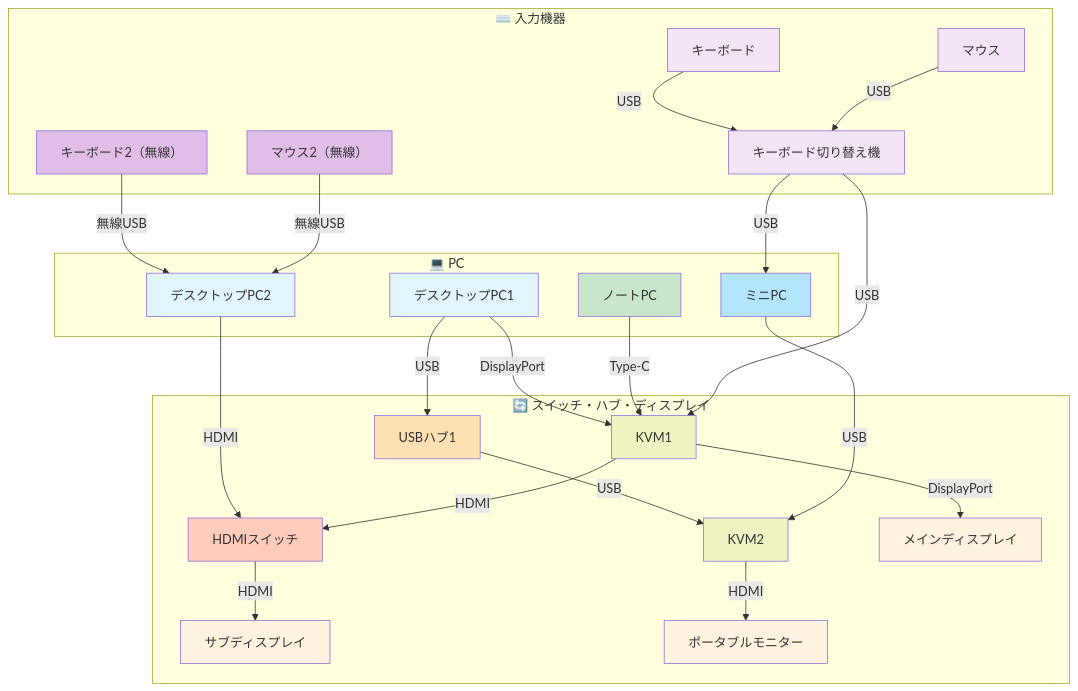
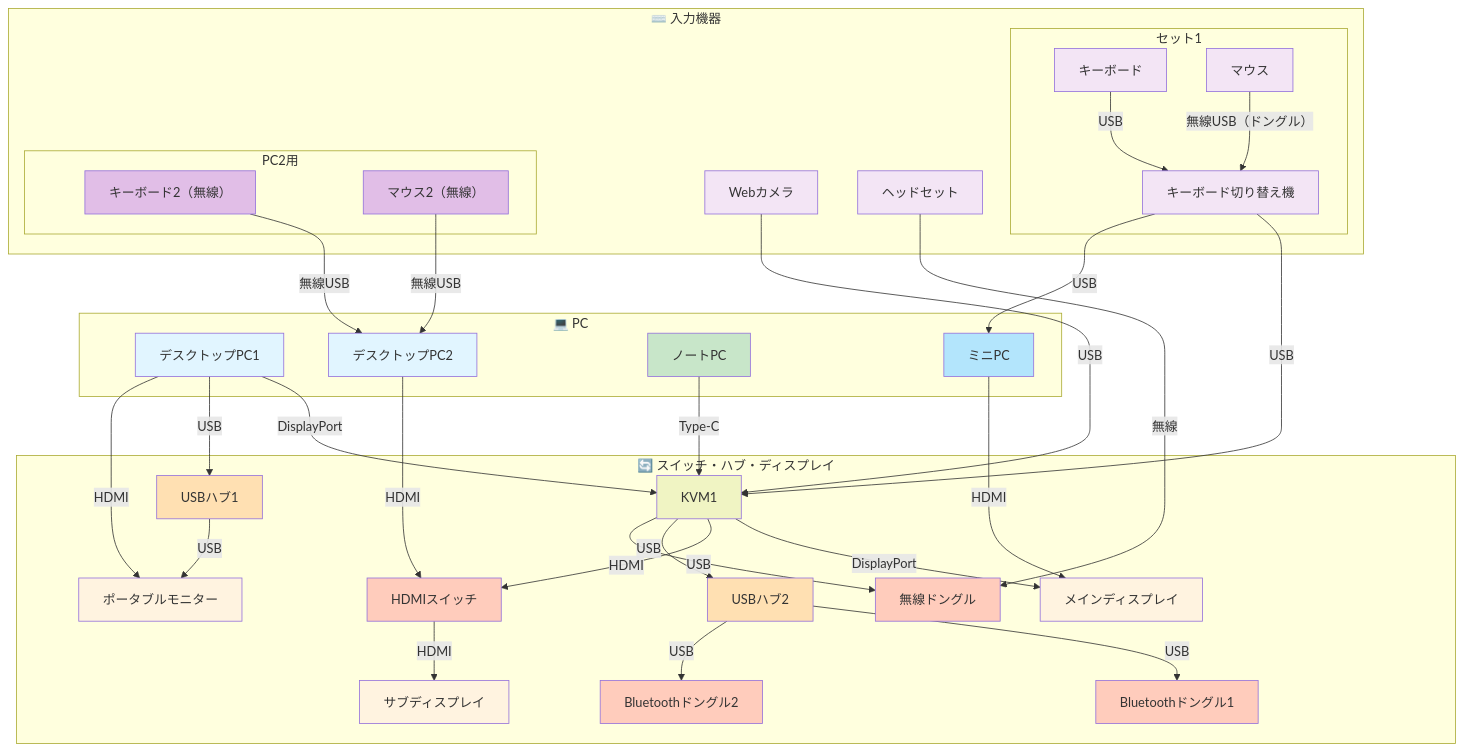
One commit to nuitsjp/MyEnvironments changed the diagram in デスク設計.md. Above: the diagram before and after it, drawn with Mermaid. The commit also changed other lines of this file, not shown here.

Commit message:
接続図の入力機器を整理し、セット1とPC2用のサブグラフを追加。デバイス一覧を更新し、接続方式を明確化。

````diff
--- a/デスク設計.md
+++ b/デスク設計.md
@@ -5,11 +5,19 @@
 ```mermaid
 graph TB
     subgraph INPUT["⌨️ 入力機器"]
-        KB["キーボード"]
-        MOUSE["マウス"]
-        KB2["キーボード2（無線）"]
-        MOUSE2["マウス2（無線）"]
-        KBSW["キーボード切り替え機"]
+        WEBCAM["Webカメラ"]
+        HEADSET["ヘッドセット"]
+
+        subgraph SET1["セット1"]
+            KB["キーボード"]
+            MOUSE["マウス"]
+            KBSW["キーボード切り替え機"]
+        end
+
+        subgraph PC2INPUT["PC2用"]
+            KB2["キーボード2（無線）"]
+            MOUSE2["マウス2（無線）"]
+        end
     end
 
     INPUT ~~~ PC
@@ -24,9 +32,12 @@
 
     subgraph SWITCH["🔄 スイッチ・ハブ・ディスプレイ"]
         KVM1["KVM1"]
-        KVM2["KVM2"]
         HUB1["USBハブ1"]
+        HUB2["USBハブ2"]
         HDMISW["HDMIスイッチ"]
+        BT1["Bluetoothドングル1"]
+        BT2["Bluetoothドングル2"]
+        WSDONGLE["無線ドングル"]
         DIS1["メインディスプレイ"]
         DIS2["サブディスプレイ"]
         DIS3["ポータブルモニター"]
@@ -34,11 +45,11 @@
 
     PC1 -->|DisplayPort| KVM1
     PC1 -->|USB| HUB1
-    HUB1 -->|USB| KVM2
+    PC1 -->|HDMI| DIS3
 
     NOTEBOOK -->|Type-C| KVM1
 
-    MINIPC -->|USB| KVM2
+    MINIPC -->|HDMI| DIS1
 
     PC2 -->|HDMI| HDMISW
     KB2 -->|無線USB| PC2
@@ -49,28 +60,43 @@
 
     HDMISW -->|HDMI| DIS2
 
-    KVM2 -->|HDMI| DIS3
+    HUB1 -->|USB| DIS3
 
     KBSW -->|USB| KVM1
     KBSW -->|USB| MINIPC
 
     KB -->|USB| KBSW
-    MOUSE -->|USB| KBSW
+    MOUSE -->|無線USB（ドングル）| KBSW
+    WEBCAM -->|USB| KVM1
+
+    KVM1 -->|USB| HUB2
+
+    HUB2 -->|USB| BT1
+    HUB2 -->|USB| BT2
+
+    HEADSET -->|無線| WSDONGLE
+
+    KVM1 -->|USB| WSDONGLE
 
     style PC1 fill:#e1f5ff
     style PC2 fill:#e1f5ff
     style NOTEBOOK fill:#c8e6c9
     style MINIPC fill:#b3e5fc
     style KVM1 fill:#f0f4c3
-    style KVM2 fill:#f0f4c3
     style HUB1 fill:#ffe0b2
+    style HUB2 fill:#ffe0b2
     style HDMISW fill:#ffccbc
+    style BT1 fill:#ffccbc
+    style BT2 fill:#ffccbc
     style DIS1 fill:#fff3e0
     style DIS2 fill:#fff3e0
     style DIS3 fill:#fff3e0
     style KB fill:#f3e5f5
     style MOUSE fill:#f3e5f5
     style KBSW fill:#f3e5f5
+    style WEBCAM fill:#f3e5f5
+    style HEADSET fill:#f3e5f5
     style KB2 fill:#e1bee7
     style MOUSE2 fill:#e1bee7
+    style WSDONGLE fill:#ffccbc
 ```
````
